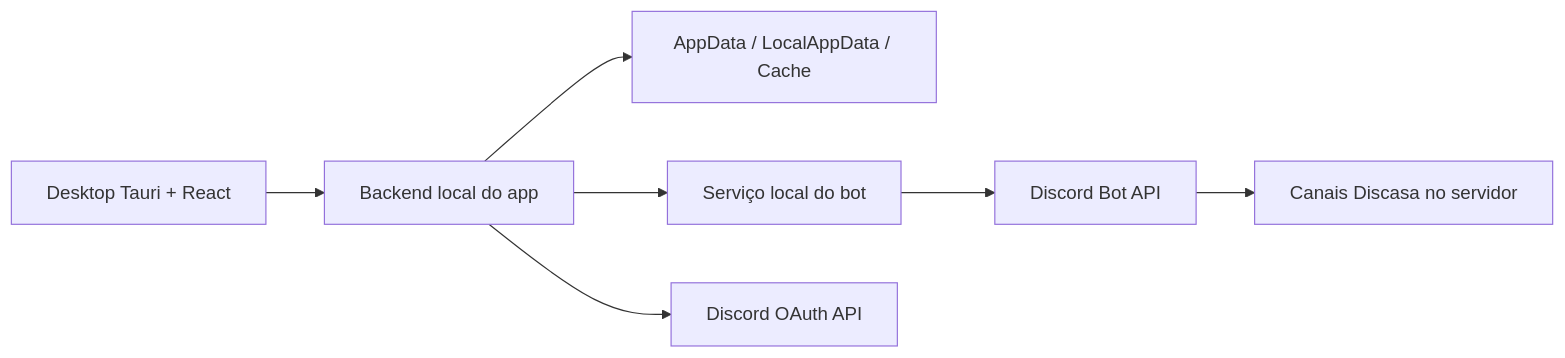
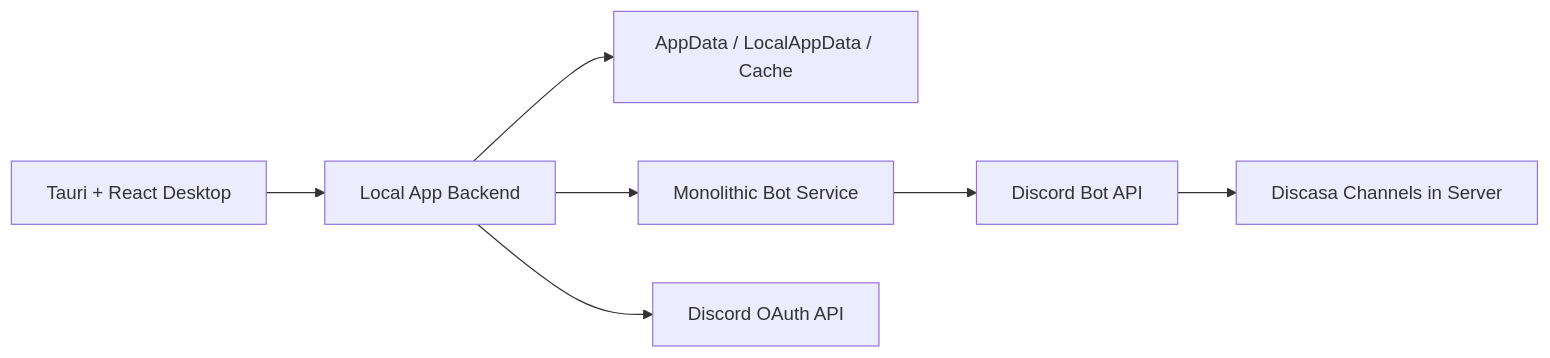
One commit to andersomviolao/discasa changed the diagram in documentation.md. Above: the diagram before and after it, drawn with Mermaid. The commit also changed other lines of this file and 29 other files, not shown here.

Commit message:
Refactor Discasa app, bot, and assets

````diff
--- a/documentation.md
+++ b/documentation.md
@@ -79,9 +94,9 @@
 ```mermaid
 flowchart LR
-  UI["Desktop Tauri + React"] --> Server["Backend local do app"]
+  UI["Tauri + React Desktop"] --> Server["Local App Backend"]
   Server --> LocalData["AppData / LocalAppData / Cache"]
-  Server --> Bot["Serviço local do bot"]
+  Server --> Bot["Monolithic Bot Service"]
   Server --> DiscordOAuth["Discord OAuth API"]
   Bot --> DiscordBot["Discord Bot API"]
-  DiscordBot --> Channels["Canais Discasa no servidor"]
+  DiscordBot --> Channels["Discasa Channels in Server"]
 ```
````
